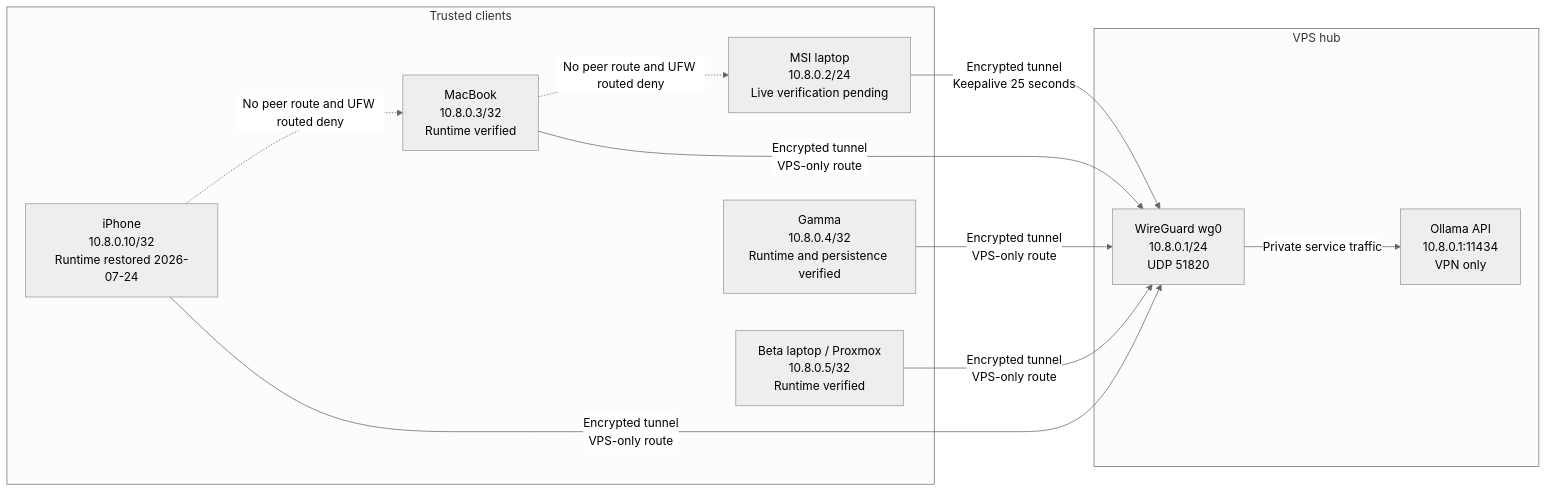
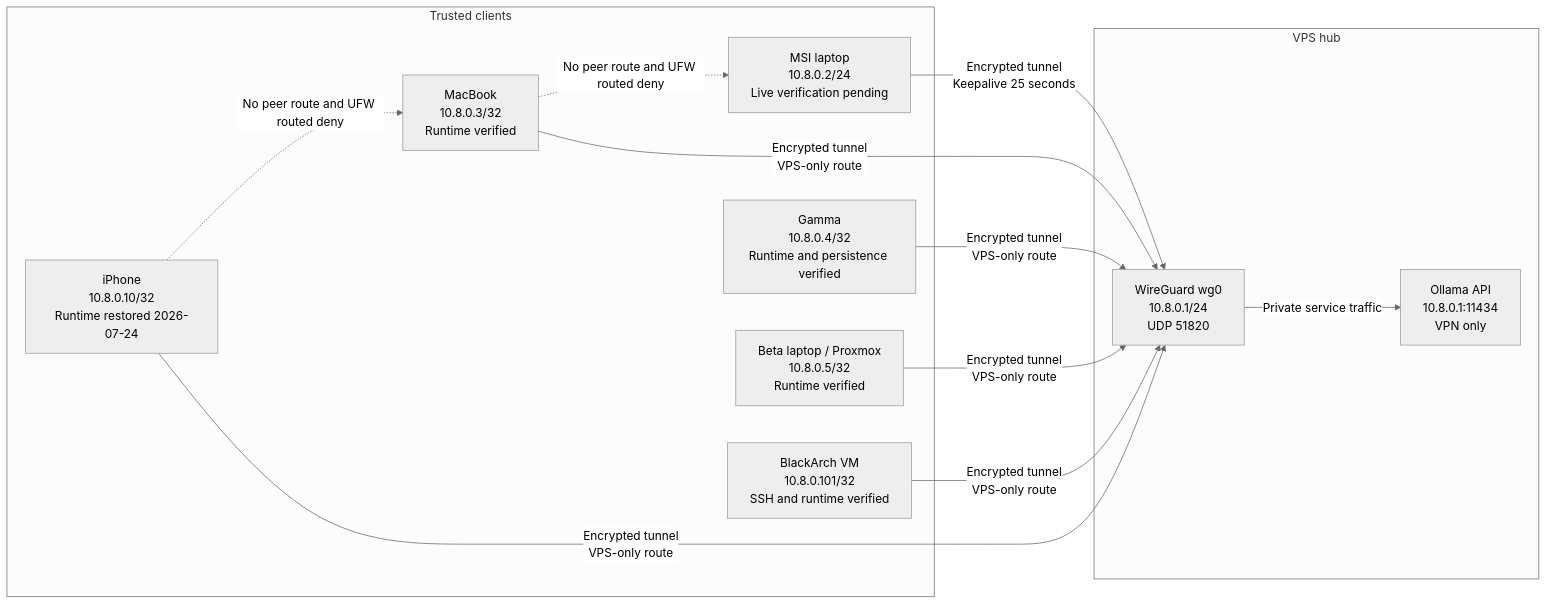
One commit to Manuel0516/zero-five-handbook changed the diagram in content/docs/vps-alpha/wireguard.mdx. Above: the diagram before and after it, drawn with Mermaid (neutral theme). The commit also changed other lines of this file and 11 other files, not shown here.

Commit message:
Document BlackArch VM operations

````diff
--- a/content/docs/vps-alpha/wireguard.mdx
+++ b/content/docs/vps-alpha/wireguard.mdx
@@ -16,24 +17,26 @@
 ```mermaid
 flowchart LR
     subgraph clients["Trusted clients"]
         cachyos["MSI laptop<br/>10.8.0.2/24<br/>Live verification pending"]
         macbook["MacBook<br/>10.8.0.3/32<br/>Runtime verified"]
         gamma["Gamma<br/>10.8.0.4/32<br/>Runtime and persistence verified"]
         beta["Beta laptop / Proxmox<br/>10.8.0.5/32<br/>Runtime verified"]
+        blackarch["BlackArch VM<br/>10.8.0.101/32<br/>SSH and runtime verified"]
         iphone["iPhone<br/>10.8.0.10/32<br/>Runtime restored 2026-07-24"]
     end
 
     subgraph vps["VPS hub"]
         wg["WireGuard wg0<br/>10.8.0.1/24<br/>UDP 51820"]
         ollama["Ollama API<br/>10.8.0.1:11434<br/>VPN only"]
     end
 
     cachyos -->|"Encrypted tunnel<br/>Keepalive 25 seconds"| wg
     macbook -->|"Encrypted tunnel<br/>VPS-only route"| wg
     gamma -->|"Encrypted tunnel<br/>VPS-only route"| wg
     beta -->|"Encrypted tunnel<br/>VPS-only route"| wg
+    blackarch -->|"Encrypted tunnel<br/>VPS-only route"| wg
     iphone -->|"Encrypted tunnel<br/>VPS-only route"| wg
     wg -->|"Private service traffic"| ollama
     macbook -. "No peer route and UFW routed deny" .-> cachyos
     iphone -. "No peer route and UFW routed deny" .-> macbook
 ```
````
